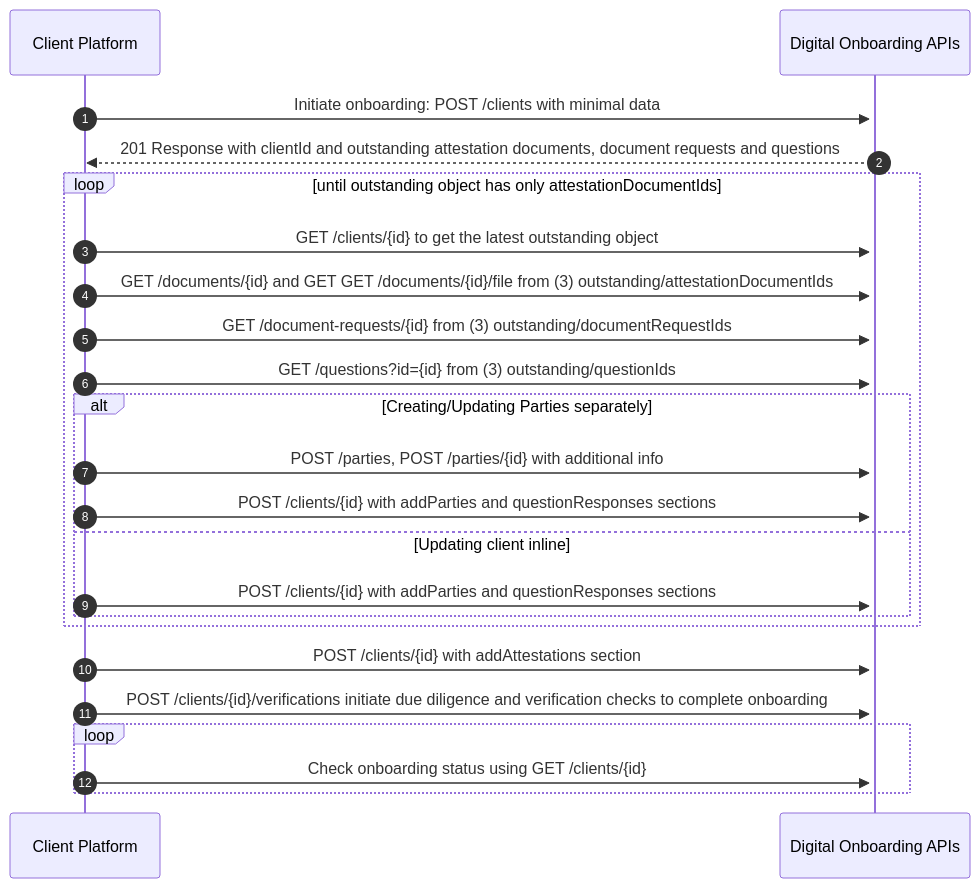
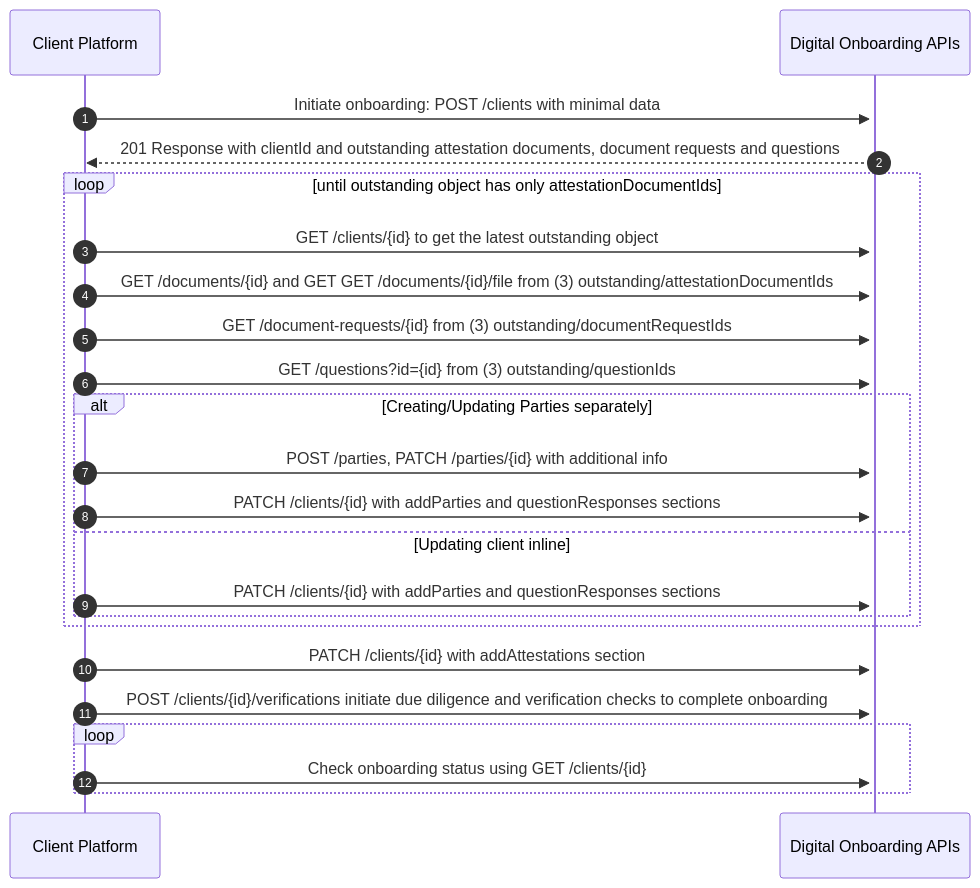
The first of 2 diagrams in embedded-components/docs/DIGITAL_ONBOARDING_RECIPE.md (jpmorgan-payments/embedded-finance), drawn with Mermaid before and after one commit. The commit also changed other lines of this file and 107 other files, not shown here.

````diff
--- a/embedded-components/docs/DIGITAL_ONBOARDING_RECIPE.md
+++ b/embedded-components/docs/DIGITAL_ONBOARDING_RECIPE.md
@@ -81,26 +81,26 @@
 ```mermaid
 sequenceDiagram
 autonumber
     participant P as Client Platform
     participant J as Digital Onboarding APIs
     P->>+J: Initiate onboarding: POST /clients with minimal data
     J-->>P: 201 Response with clientId and outstanding attestation documents, document requests and questions
     loop until outstanding object has only attestationDocumentIds
         P->>+J: GET /clients/{id} to get the latest outstanding object
         P->>+J: GET /documents/{id} and GET GET /documents/{id}/file from (3) outstanding/attestationDocumentIds
         P->>+J: GET /document-requests/{id} from (3) outstanding/documentRequestIds
         P->>+J: GET /questions?id={id} from (3) outstanding/questionIds
         alt Creating/Updating Parties separately
-            P->>J: POST /parties, POST /parties/{id} with additional info
-            P->>J: POST /clients/{id} with addParties and questionResponses sections
+            P->>J: POST /parties, PATCH /parties/{id} with additional info
+            P->>J: PATCH /clients/{id} with addParties and questionResponses sections
         else Updating client inline
-            P->>J: POST /clients/{id} with addParties and questionResponses sections
+            P->>J: PATCH /clients/{id} with addParties and questionResponses sections
         end
 
     end
-    P->>J: POST /clients/{id} with addAttestations section
+    P->>J: PATCH /clients/{id} with addAttestations section
     P->>J: POST /clients/{id}/verifications initiate due diligence and verification checks to complete onboarding
     loop
         P->>J: Check onboarding status using GET /clients/{id}
     end
 ```
````
